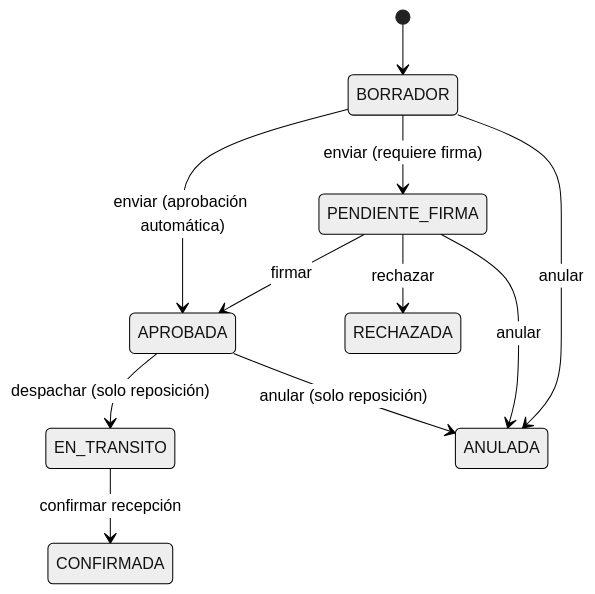
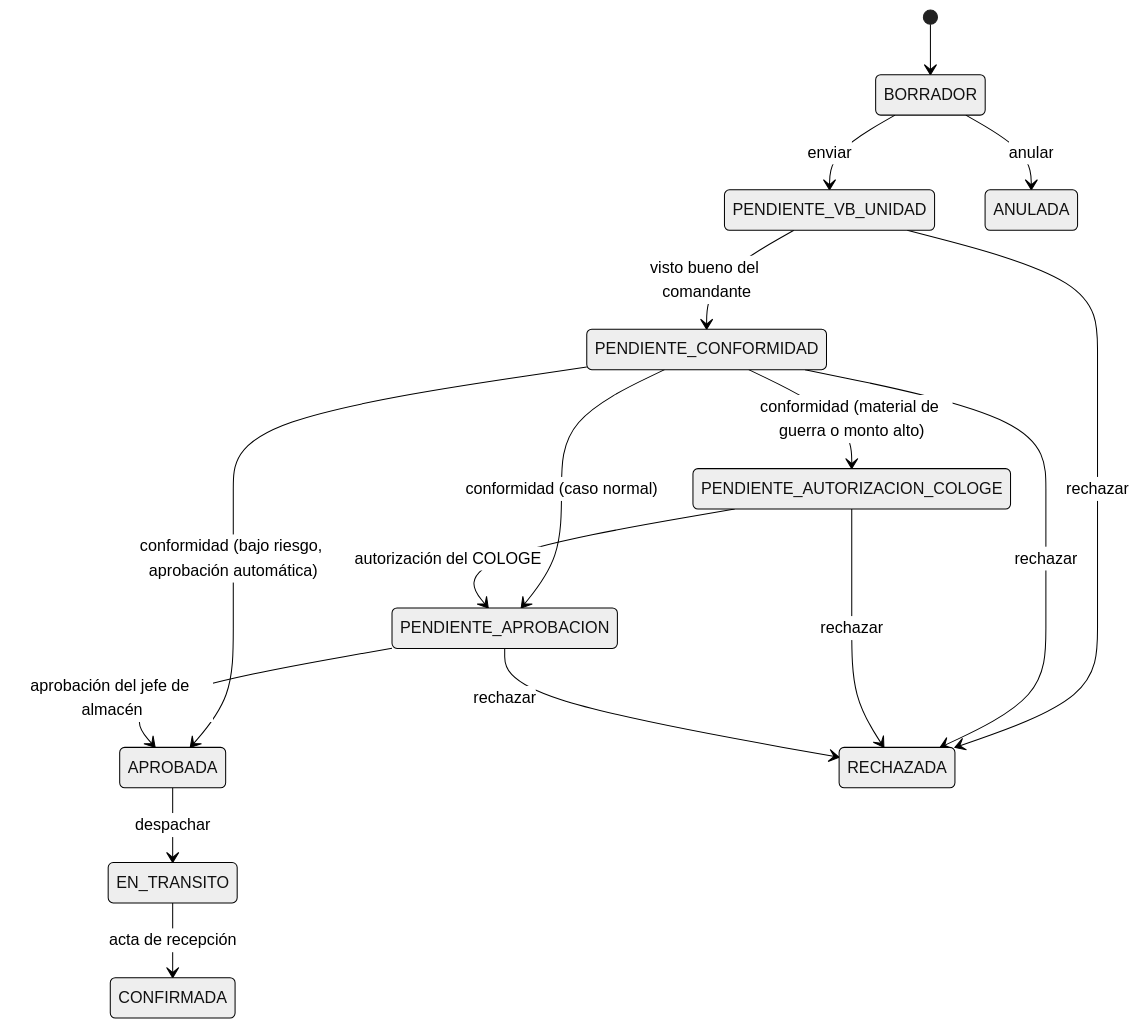
One commit to gabito029/SGA-arquitSoft-02 changed the diagram in docs/03-diseno-de-software/diseno-interno/diseno-interno-de-modulos.md. Above: the diagram before and after it, drawn with Mermaid (neutral theme). The commit also changed other lines of this file, not shown here.

Commit message:
docs: rehacer diseño interno con Clean Architecture y conducto regular

````diff
--- a/docs/03-diseno-de-software/diseno-interno/diseno-interno-de-modulos.md
+++ b/docs/03-diseno-de-software/diseno-interno/diseno-interno-de-modulos.md
@@ -47,13 +75,18 @@
 ```mermaid
 stateDiagram-v2
     [*] --> BORRADOR
-    BORRADOR --> APROBADA: enviar (aprobación automática)
-    BORRADOR --> PENDIENTE_FIRMA: enviar (requiere firma)
-    PENDIENTE_FIRMA --> APROBADA: firmar
-    PENDIENTE_FIRMA --> RECHAZADA: rechazar
+    BORRADOR --> PENDIENTE_VB_UNIDAD: enviar
     BORRADOR --> ANULADA: anular
-    PENDIENTE_FIRMA --> ANULADA: anular
-    APROBADA --> EN_TRANSITO: despachar (solo reposición)
-    APROBADA --> ANULADA: anular (solo reposición)
-    EN_TRANSITO --> CONFIRMADA: confirmar recepción
+    PENDIENTE_VB_UNIDAD --> PENDIENTE_CONFORMIDAD: visto bueno del comandante
+    PENDIENTE_CONFORMIDAD --> PENDIENTE_AUTORIZACION_COLOGE: conformidad (material de guerra o monto alto)
+    PENDIENTE_CONFORMIDAD --> PENDIENTE_APROBACION: conformidad (caso normal)
+    PENDIENTE_CONFORMIDAD --> APROBADA: conformidad (bajo riesgo, aprobación automática)
+    PENDIENTE_AUTORIZACION_COLOGE --> PENDIENTE_APROBACION: autorización del COLOGE
+    PENDIENTE_APROBACION --> APROBADA: aprobación del jefe de almacén
+    PENDIENTE_VB_UNIDAD --> RECHAZADA: rechazar
+    PENDIENTE_CONFORMIDAD --> RECHAZADA: rechazar
+    PENDIENTE_AUTORIZACION_COLOGE --> RECHAZADA: rechazar
+    PENDIENTE_APROBACION --> RECHAZADA: rechazar
+    APROBADA --> EN_TRANSITO: despachar
+    EN_TRANSITO --> CONFIRMADA: acta de recepción
 ```
````
